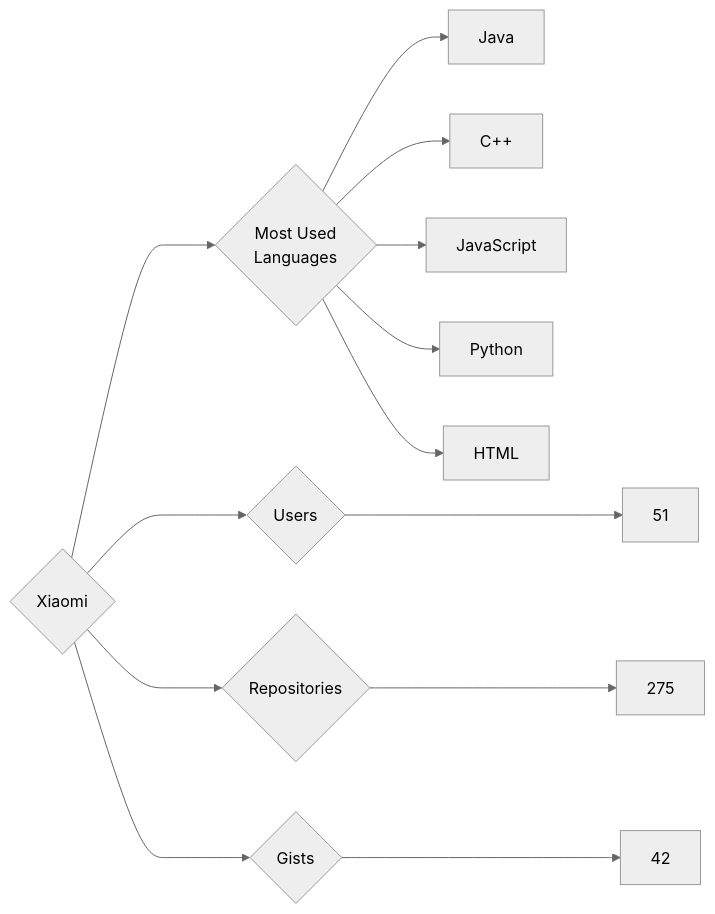
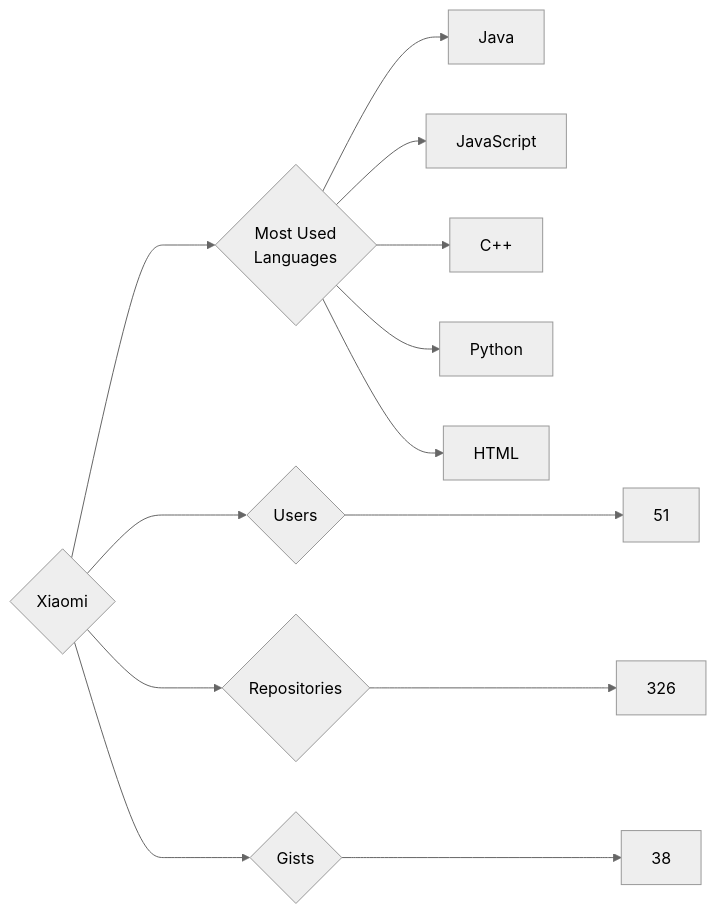
One commit to trickest/insiders changed the diagram in targets/Xiaomi/README.md. Above: the diagram before and after it, drawn with Mermaid (neutral theme). The commit also changed 806 other files, not shown here.

````diff
--- a/targets/Xiaomi/README.md
+++ b/targets/Xiaomi/README.md
@@ -3,13 +3,13 @@
 ```mermaid
 graph LR
 COMPANY_NAME{Xiaomi}
 COMPANY_NAME ---> U{Users} ---> UN[51]
-COMPANY_NAME ---> R{Repositories} ---> RN[275]
-COMPANY_NAME ---> G{Gists} ---> GN[42]
+COMPANY_NAME ---> R{Repositories} ---> RN[326]
+COMPANY_NAME ---> G{Gists} ---> GN[38]
 COMPANY_NAME ---> ML{Most Used<br>Languages}
 ML --> Java[Java]
+ML --> JavaScript[JavaScript]
 ML --> C++[C++]
-ML --> JavaScript[JavaScript]
 ML --> Python[Python]
 ML --> HTML[HTML]
 ```
````
